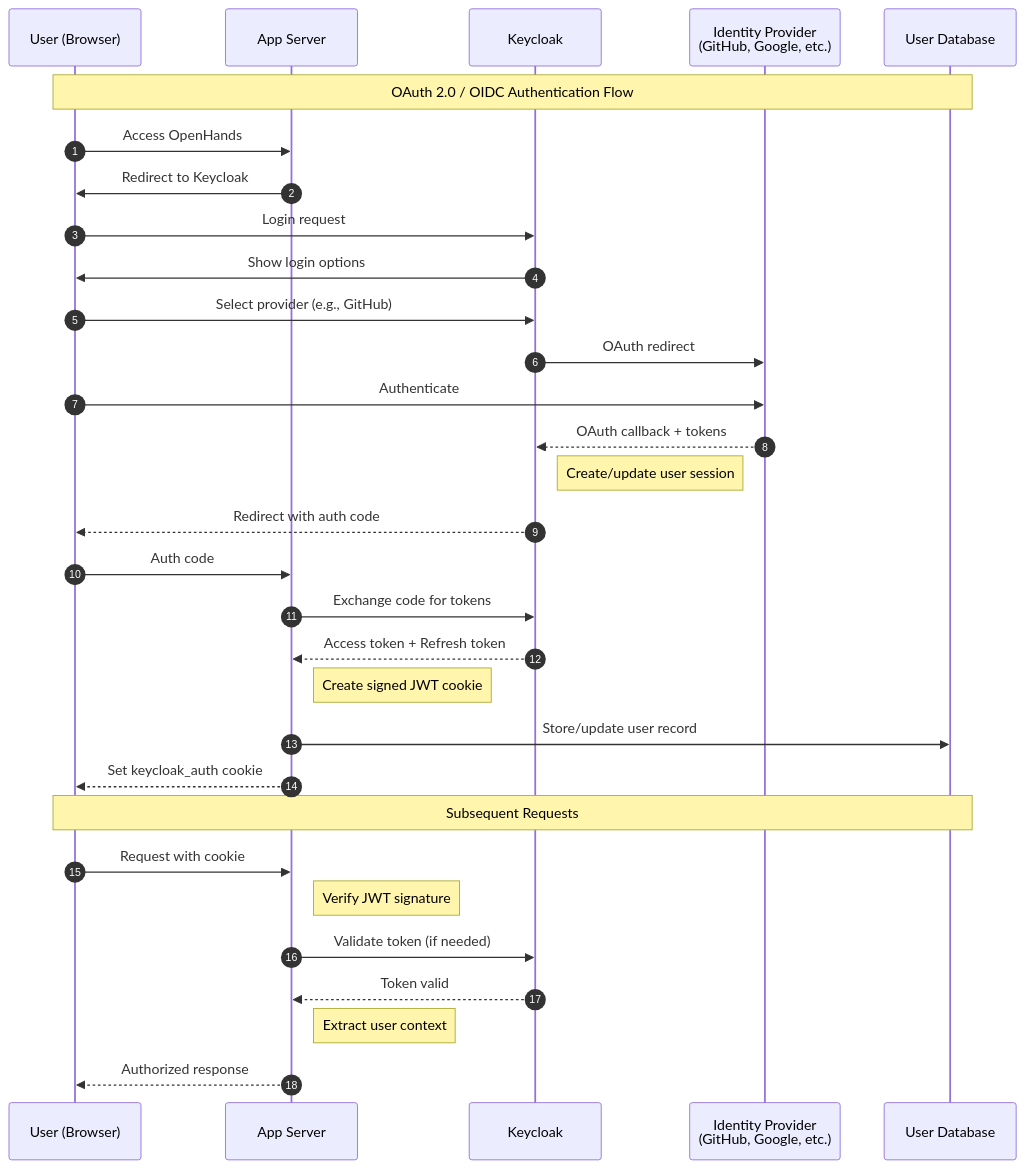
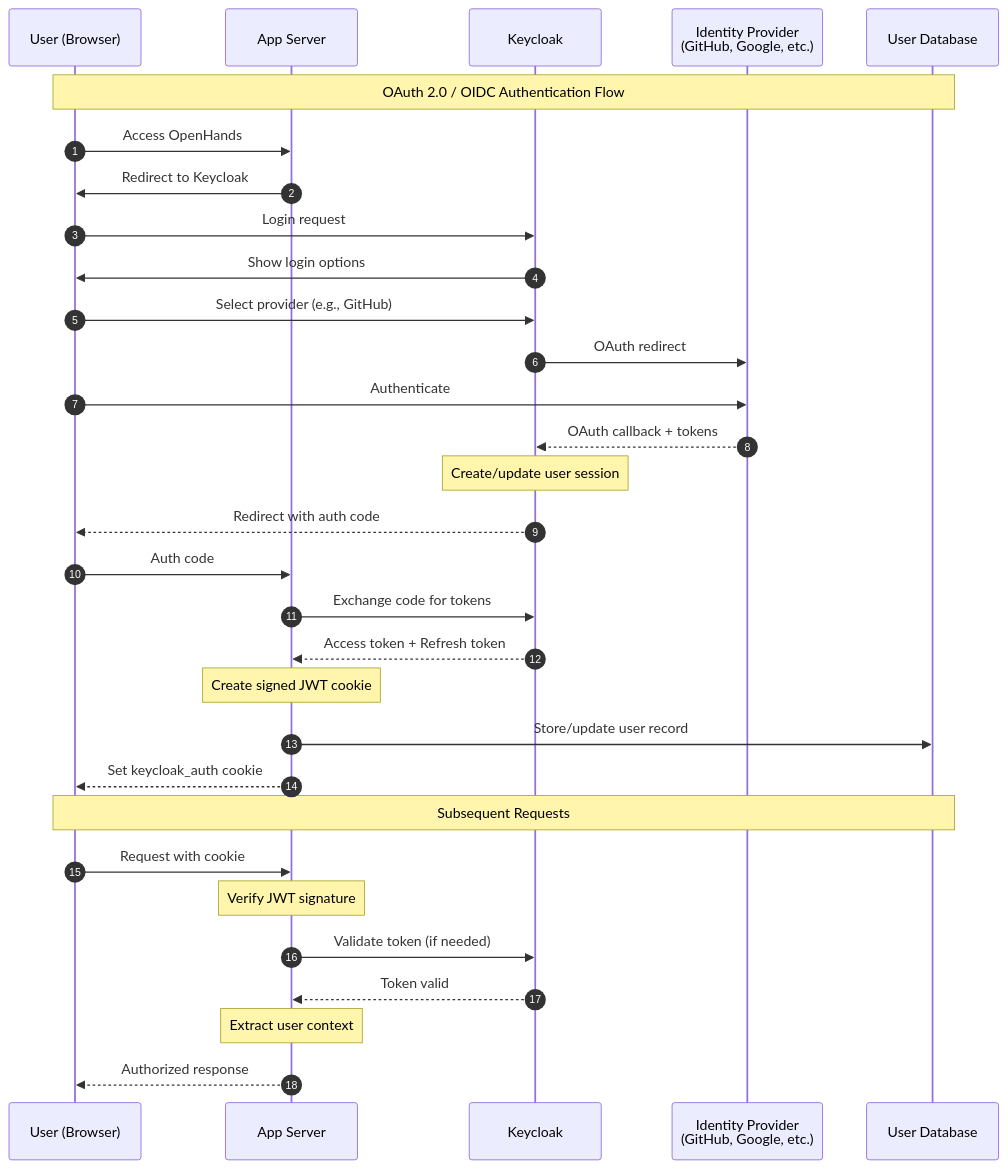
One commit to huangkevin-apr/OpenHands changed the diagram in enterprise/doc/architecture/authentication.md. Above: the diagram before and after it, drawn with Mermaid. The commit also changed 3 other files, not shown here.

````diff
--- a/enterprise/doc/architecture/authentication.md
+++ b/enterprise/doc/architecture/authentication.md
@@ -5,37 +5,37 @@
 ```mermaid
 sequenceDiagram
     autonumber
     participant User as User (Browser)
     participant App as App Server
     participant KC as Keycloak
     participant IdP as Identity Provider<br/>(GitHub, Google, etc.)
     participant DB as User Database
 
     Note over User,DB: OAuth 2.0 / OIDC Authentication Flow
 
     User->>App: Access OpenHands
     App->>User: Redirect to Keycloak
     User->>KC: Login request
     KC->>User: Show login options
     User->>KC: Select provider (e.g., GitHub)
     KC->>IdP: OAuth redirect
     User->>IdP: Authenticate
     IdP-->>KC: OAuth callback + tokens
-    Note right of KC: Create/update user session
+    Note over KC: Create/update user session
     KC-->>User: Redirect with auth code
     User->>App: Auth code
     App->>KC: Exchange code for tokens
     KC-->>App: Access token + Refresh token
-    Note right of App: Create signed JWT cookie
+    Note over App: Create signed JWT cookie
     App->>DB: Store/update user record
     App-->>User: Set keycloak_auth cookie
 
     Note over User,DB: Subsequent Requests
 
     User->>App: Request with cookie
-    Note right of App: Verify JWT signature
+    Note over App: Verify JWT signature
     App->>KC: Validate token (if needed)
     KC-->>App: Token valid
-    Note right of App: Extract user context
+    Note over App: Extract user context
     App-->>User: Authorized response
 ```
````
